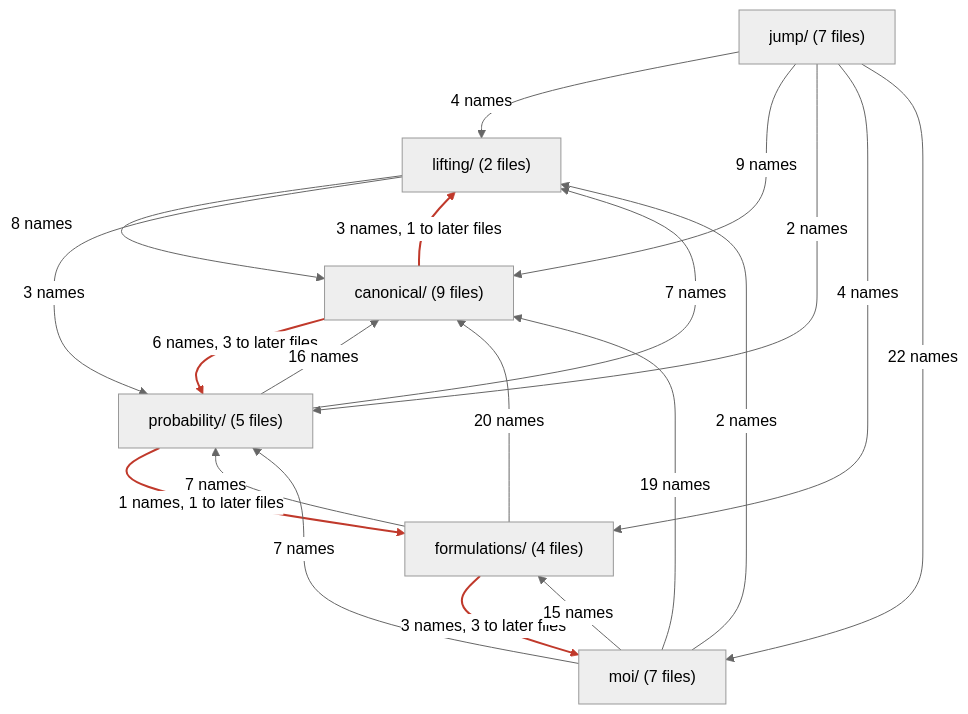
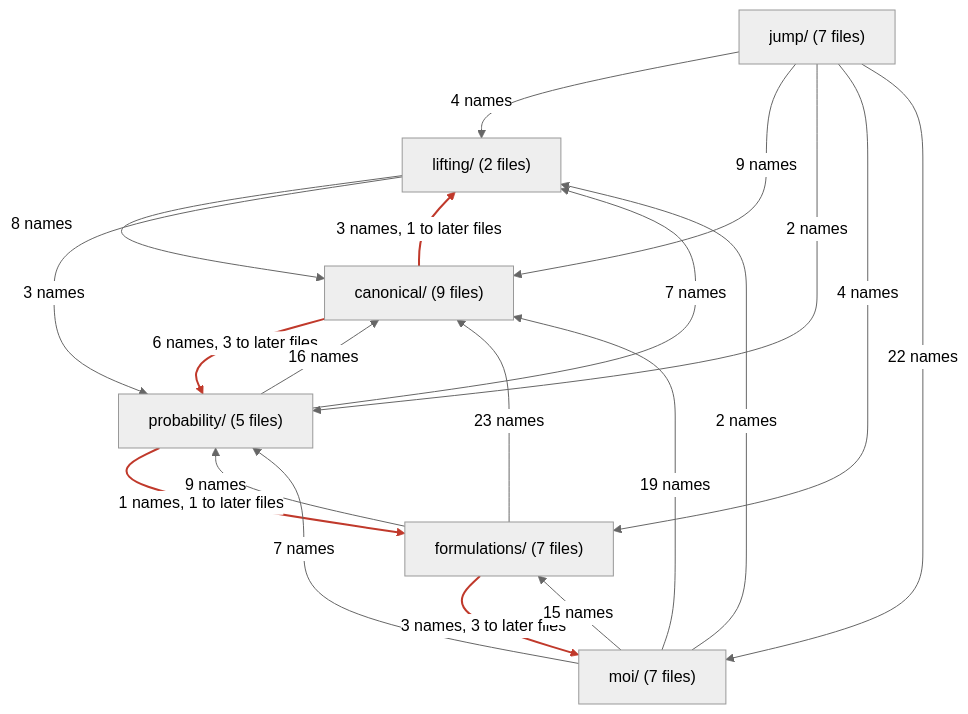
One commit to bfpc/LinearDecisionRules.jl changed the diagram in docs/src/developer/structure_current.md. Above: the diagram before and after it, drawn with Mermaid (neutral theme). The commit also changed other lines of this file and 14 other files, not shown here.

````diff
--- a/docs/src/developer/structure_current.md
+++ b/docs/src/developer/structure_current.md
@@ -12,32 +12,32 @@
 ```mermaid
 flowchart TD
     lifting["lifting/ (2 files)"]
     canonical["canonical/ (9 files)"]
     probability["probability/ (5 files)"]
-    formulations["formulations/ (4 files)"]
+    formulations["formulations/ (7 files)"]
     moi["moi/ (7 files)"]
     jump["jump/ (7 files)"]
     lifting -->|"8 names"| canonical
     lifting -->|"3 names"| probability
     canonical -->|"3 names, 1 to later files"| lifting
     canonical -->|"6 names, 3 to later files"| probability
     probability -->|"7 names"| lifting
     probability -->|"16 names"| canonical
     probability -->|"1 names, 1 to later files"| formulations
-    formulations -->|"20 names"| canonical
-    formulations -->|"7 names"| probability
+    formulations -->|"23 names"| canonical
+    formulations -->|"9 names"| probability
     formulations -->|"3 names, 3 to later files"| moi
     moi -->|"2 names"| lifting
     moi -->|"19 names"| canonical
     moi -->|"7 names"| probability
     moi -->|"15 names"| formulations
     jump -->|"4 names"| lifting
     jump -->|"9 names"| canonical
     jump -->|"2 names"| probability
     jump -->|"4 names"| formulations
     jump -->|"22 names"| moi
     linkStyle 2 stroke:#c0392b,stroke-width:2px
     linkStyle 3 stroke:#c0392b,stroke-width:2px
     linkStyle 6 stroke:#c0392b,stroke-width:2px
     linkStyle 9 stroke:#c0392b,stroke-width:2px
 ```
````
